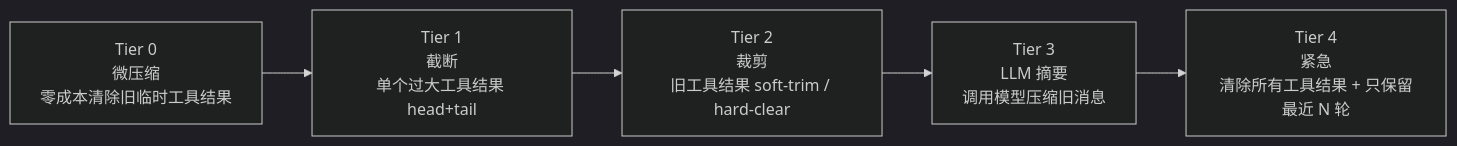
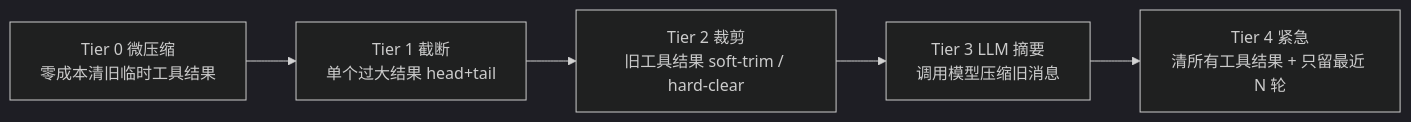
One commit to shiwenwen/hope-agent changed the tenth of 10 diagrams in docs/architecture/tool-system.md. Above: the diagram before and after it, drawn with Mermaid (dark theme). The commit also changed other lines of this file and 1 other file, not shown here.

````diff
--- a/docs/architecture/tool-system.md
+++ b/docs/architecture/tool-system.md
@@ -1082,8 +820,7 @@
 ```mermaid
 flowchart LR
-    T0["Tier 0<br/>微压缩<br/>零成本清除旧临时工具结果"] --> T1["Tier 1<br/>截断<br/>单个过大工具结果 head+tail"]
-    T1 --> T2["Tier 2<br/>裁剪<br/>旧工具结果 soft-trim / hard-clear"]
-    T2 --> T3["Tier 3<br/>LLM 摘要<br/>调用模型压缩旧消息"]
-    T3 --> T4["Tier 4<br/>紧急<br/>清除所有工具结果 + 只保留最近 N 轮"]
-
+    T0["Tier 0 微压缩<br/>零成本清旧临时工具结果"] --> T1["Tier 1 截断<br/>单个过大结果 head+tail"]
+    T1 --> T2["Tier 2 裁剪<br/>旧工具结果 soft-trim / hard-clear"]
+    T2 --> T3["Tier 3 LLM 摘要<br/>调用模型压缩旧消息"]
+    T3 --> T4["Tier 4 紧急<br/>清所有工具结果 + 只留最近 N 轮"]
 ```
````
